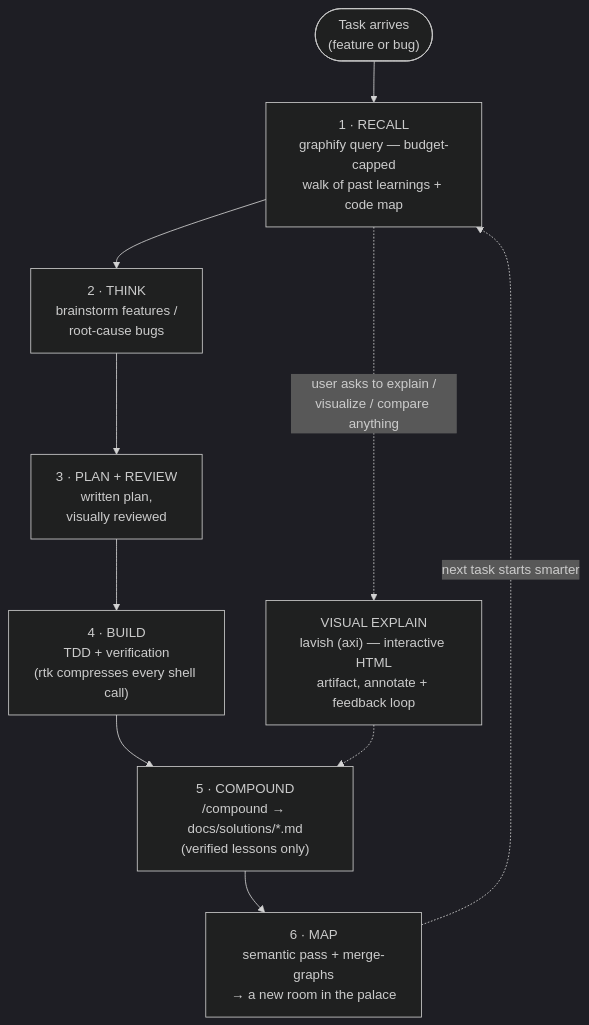
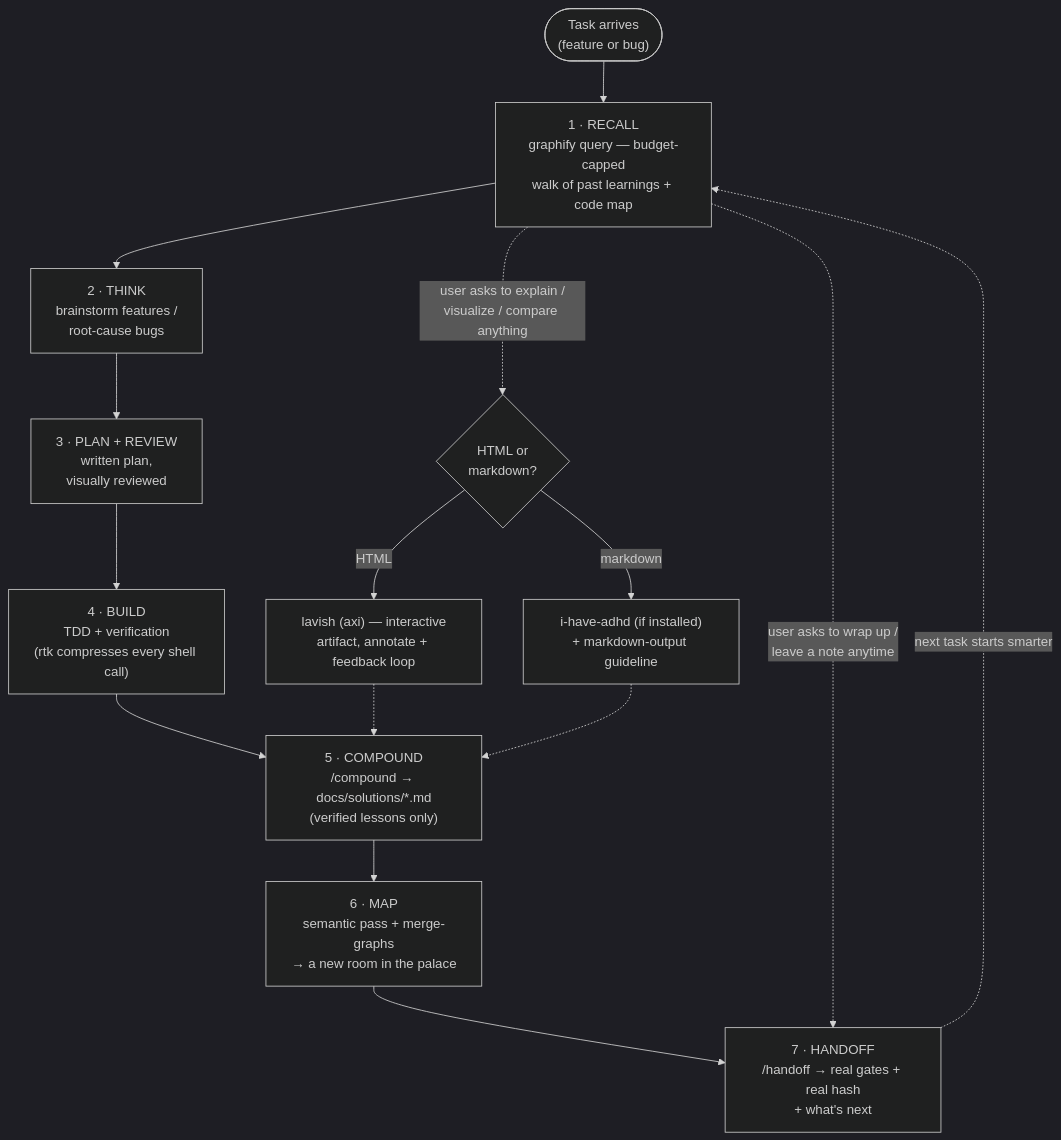
The diagram in README.md (jnebab/loci-flow), drawn with Mermaid (dark theme) before and after one commit. The commit also changed other lines of this file, not shown here.

Commit message:
Document the handoff stage, visual-output choice, and stack rationale

````diff
--- a/README.md
+++ b/README.md
@@ -26,12 +27,17 @@
 ```mermaid
 flowchart TD
     T(["Task arrives<br/>(feature or bug)"]) --> R["1 · RECALL<br/>graphify query — budget-capped<br/>walk of past learnings + code map"]
     R --> TH["2 · THINK<br/>brainstorm features /<br/>root-cause bugs"]
     TH --> P["3 · PLAN + REVIEW<br/>written plan,<br/>visually reviewed"]
     P --> E["4 · BUILD<br/>TDD + verification<br/>(rtk compresses every shell call)"]
     E --> C["5 · COMPOUND<br/>/compound → docs/solutions/*.md<br/>(verified lessons only)"]
     C --> G["6 · MAP<br/>semantic pass + merge-graphs<br/>→ a new room in the palace"]
-    G -.->|"next task starts smarter"| R
-    R -. "user asks to explain /<br/>visualize / compare anything" .-> V["VISUAL EXPLAIN<br/>lavish (axi) — interactive HTML<br/>artifact, annotate + feedback loop"]
-    V -.-> C
+    G --> H["7 · HANDOFF<br/>/handoff → real gates + real hash<br/>+ what's next"]
+    H -.->|"next task starts smarter"| R
+    R -. "user asks to wrap up /<br/>leave a note anytime" .-> H
+    R -. "user asks to explain /<br/>visualize / compare anything" .-> V{"HTML or<br/>markdown?"}
+    V -->|"HTML"| VH["lavish (axi) — interactive<br/>artifact, annotate + feedback loop"]
+    V -->|"markdown"| VM["i-have-adhd (if installed)<br/>+ markdown-output guideline"]
+    VH -.-> C
+    VM -.-> C
 ```
````
